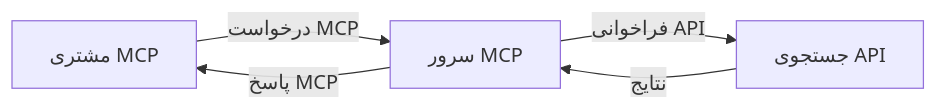
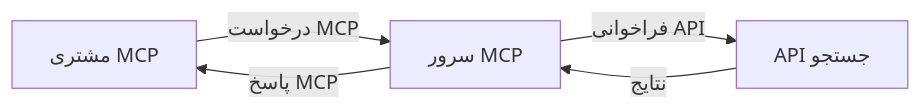
The second of 4 diagrams in translations/fa/05-AdvancedTopics/mcp-realtimesearch/README.md (microsoft/mcp-for-beginners), drawn with Mermaid before and after one commit. The commit also changed other lines of this file and 118 other files, not shown here.

````diff
--- a/translations/fa/05-AdvancedTopics/mcp-realtimesearch/README.md
+++ b/translations/fa/05-AdvancedTopics/mcp-realtimesearch/README.md
@@ -599,7 +600,7 @@
 ```mermaid
 graph LR
     Client[مشتری MCP] --> |درخواست MCP| Server[سرور MCP]
-    Server --> |فراخوانی API| SearchAPI[جستجوی API]
+    Server --> |فراخوانی API| SearchAPI[API جستجو]
     SearchAPI --> |نتایج| Server
     Server --> |پاسخ MCP| Client
 ```
````
